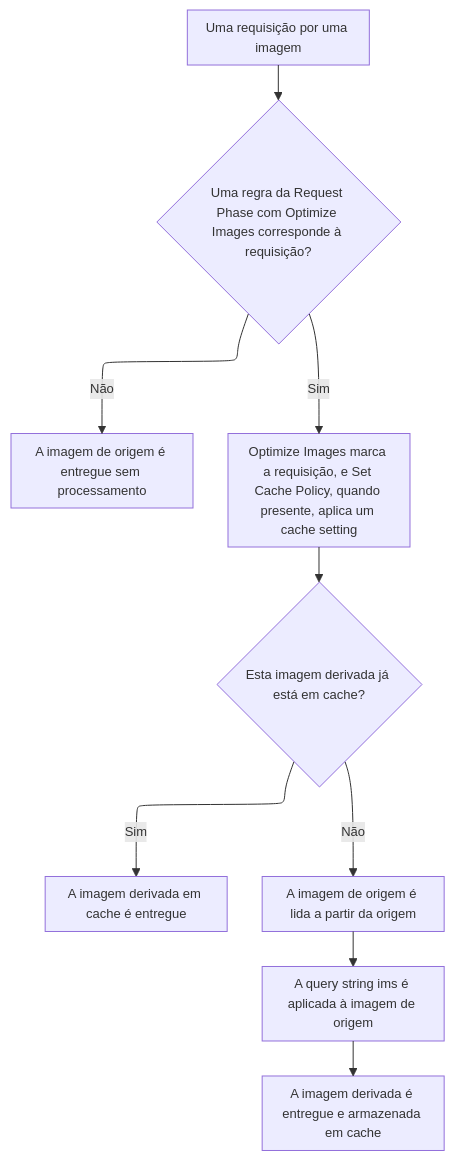
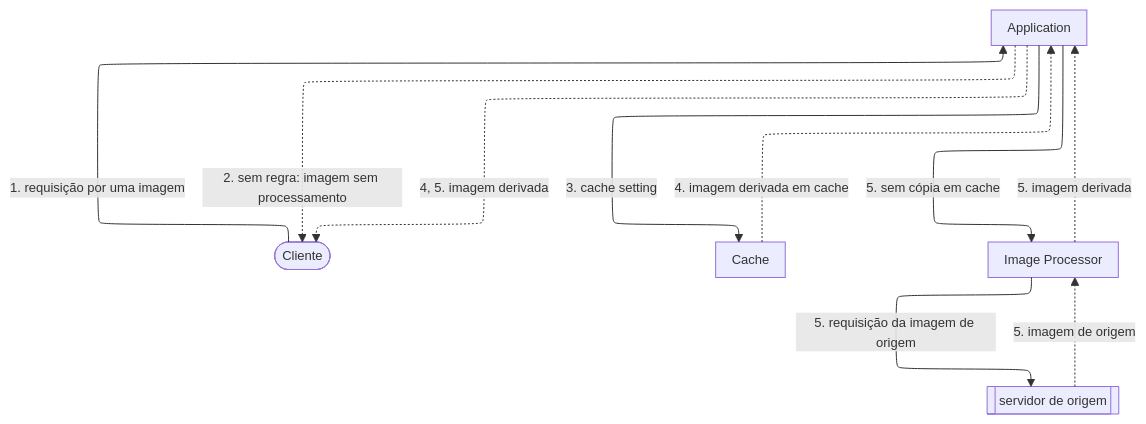
Before and after one commit to aziontech/docs: the diagram in apps/docs/src/content/docs/pt-br/pages/build/image-processor/visao-geral.mdx, drawn with Mermaid. The commit also changed other lines of this file and 9 other files, not shown here.

First line of the commit message:
docs(image-processor): apply the new rules to the overview, quickstart, Image delivery, URL parameters, and settings

````diff
--- a/apps/docs/src/content/docs/pt-br/pages/build/image-processor/visao-geral.mdx
+++ b/apps/docs/src/content/docs/pt-br/pages/build/image-processor/visao-geral.mdx
@@ -61,12 +61,18 @@
 ```mermaid
-%%{init: {"layout": "elk", "themeVariables": {"fontSize": "13px"}, "flowchart": {"nodeSpacing": 24, "rankSpacing": 36, "padding": 8, "wrappingWidth": 150, "useMaxWidth": true}, "sequence": {"width": 120, "actorMargin": 30, "useMaxWidth": true}}}%%
+%%{init: {"layout": "elk", "elk": {"cycleBreakingStrategy": "MODEL_ORDER"}, "themeVariables": {"fontSize": "13px"}, "flowchart": {"nodeSpacing": 24, "rankSpacing": 36, "padding": 8, "wrappingWidth": 150, "useMaxWidth": true}, "sequence": {"width": 120, "actorMargin": 30, "useMaxWidth": true}}}%%
 flowchart TD
-  Request["Uma requisição por uma imagem"] --> Rules{"Uma regra da Request Phase com Optimize Images corresponde à requisição?"}
-  Rules -->|"Não"| Unprocessed["A imagem de origem é entregue sem processamento"]
-  Rules -->|"Sim"| Optimize["Optimize Images marca a requisição, e Set Cache Policy, quando presente, aplica um cache setting"]
-  Optimize --> Cached{"Esta imagem derivada já está em cache?"}
-  Cached -->|"Sim"| Hit["A imagem derivada em cache é entregue"]
-  Cached -->|"Não"| Origin["A imagem de origem é lida a partir da origem"]
-  Origin --> Apply["A query string ims é aplicada à imagem de origem"]
-  Apply --> Store["A imagem derivada é entregue e armazenada em cache"]
+  Client(["Cliente"])
+  App["Application"]
+  Cache["Cache"]
+  IP["Image Processor"]
+  Origin[["servidor de origem"]]
+  Client -->|"1. requisição por uma imagem"| App
+  App -.->|"2. sem regra: imagem sem processamento"| Client
+  App -->|"3. cache setting"| Cache
+  Cache -.->|"4. imagem derivada em cache"| App
+  App -->|"5. sem cópia em cache"| IP
+  IP -->|"5. requisição da imagem de origem"| Origin
+  Origin -.->|"5. imagem de origem"| IP
+  IP -.->|"5. imagem derivada"| App
+  App -.->|"4, 5. imagem derivada"| Client
 ```
````
